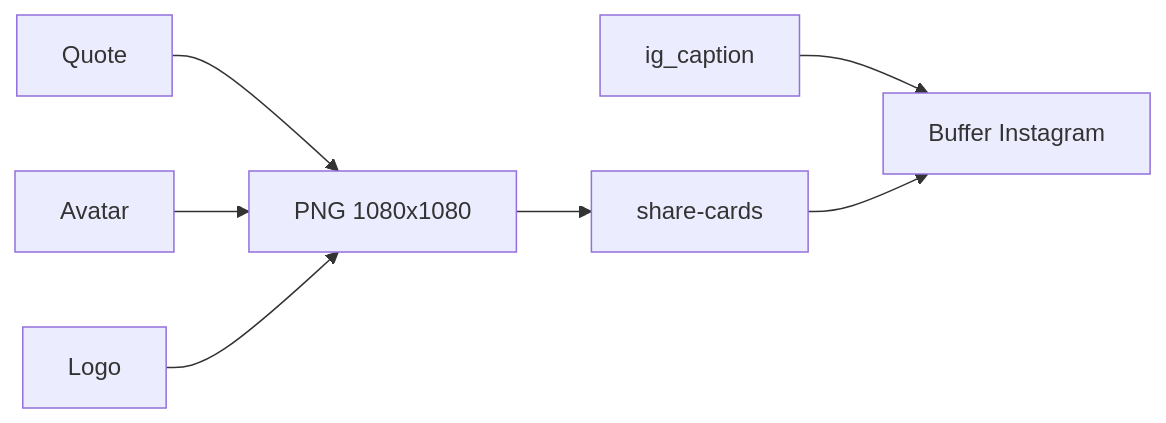
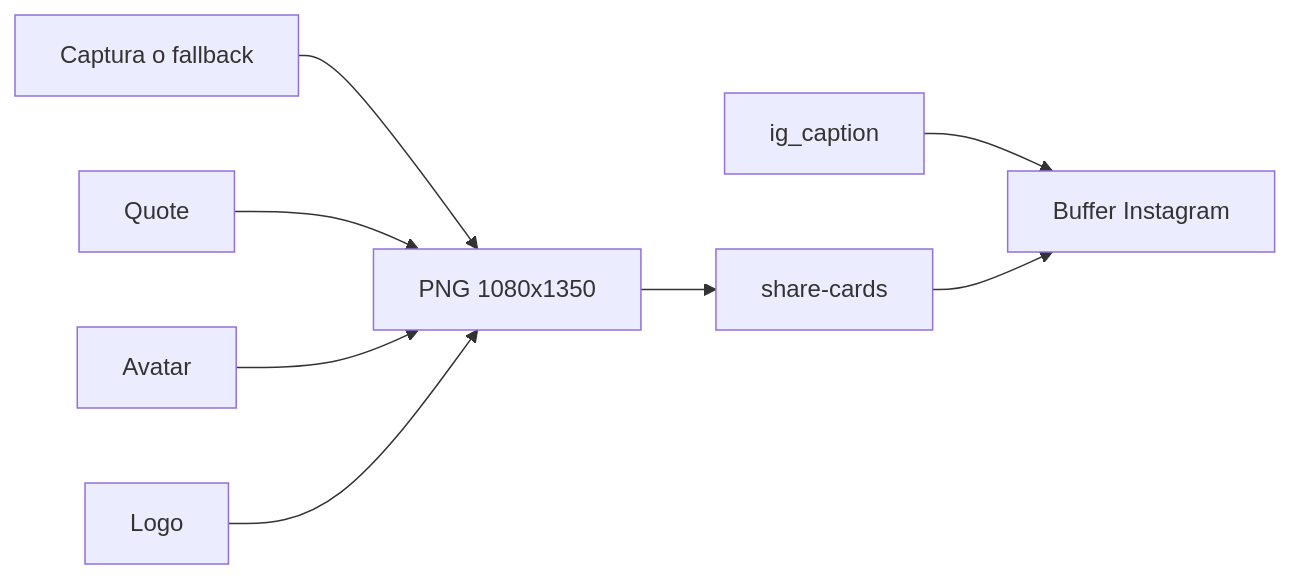
Before and after one commit to No-Country-simulation/fellowship-web-tt: the third of 3 diagrams in apps/testimonios/docs/app_testimonios_plan.md, drawn with Mermaid. The commit also changed other lines of this file and 30 other files, not shown here.

````diff
--- a/apps/testimonios/docs/app_testimonios_plan.md
+++ b/apps/testimonios/docs/app_testimonios_plan.md
@@ -175,9 +173,10 @@
 ```mermaid
 flowchart LR
-  quote[Quote] --> card[PNG 1080x1080]
+  capture[Captura o fallback] --> card[PNG 1080x1350]
+  quote[Quote] --> card
   avatar[Avatar] --> card
   logo[Logo] --> card
   card --> storage[share-cards]
   caption[ig_caption] --> buffer[Buffer Instagram]
   storage --> buffer
 ```
````
